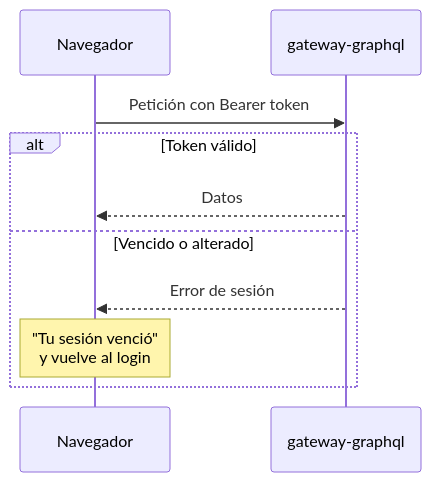
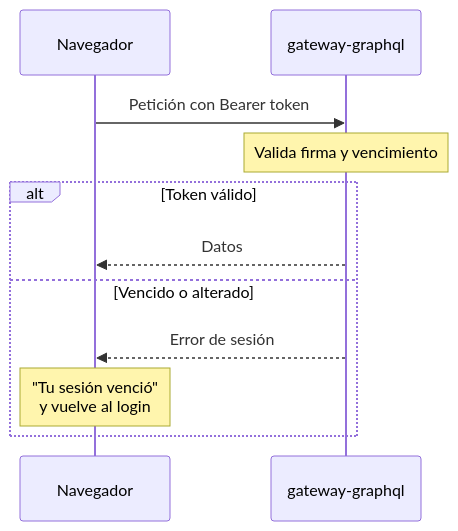
The diagram in docs/diagramas/fuente/03b-usar-token.mmd (SANTZ66/AGENDAPP), drawn with Mermaid before and after one commit. The commit also changed 5 other files, not shown here.

Commit message:
Ajusta diagramas 04a (nombres y nota de alcance) y 03b (nota de validacion)

```diff
--- a/docs/diagramas/fuente/03b-usar-token.mmd
+++ b/docs/diagramas/fuente/03b-usar-token.mmd
@@ -1,10 +1,11 @@
 sequenceDiagram
   participant N as Navegador
   participant G as gateway-graphql
   N->>G: Petición con Bearer token
+  Note over G: Valida firma y vencimiento
   alt Token válido
     G-->>N: Datos
   else Vencido o alterado
     G-->>N: Error de sesión
     Note over N: "Tu sesión venció"<br/>y vuelve al login
   end
```
